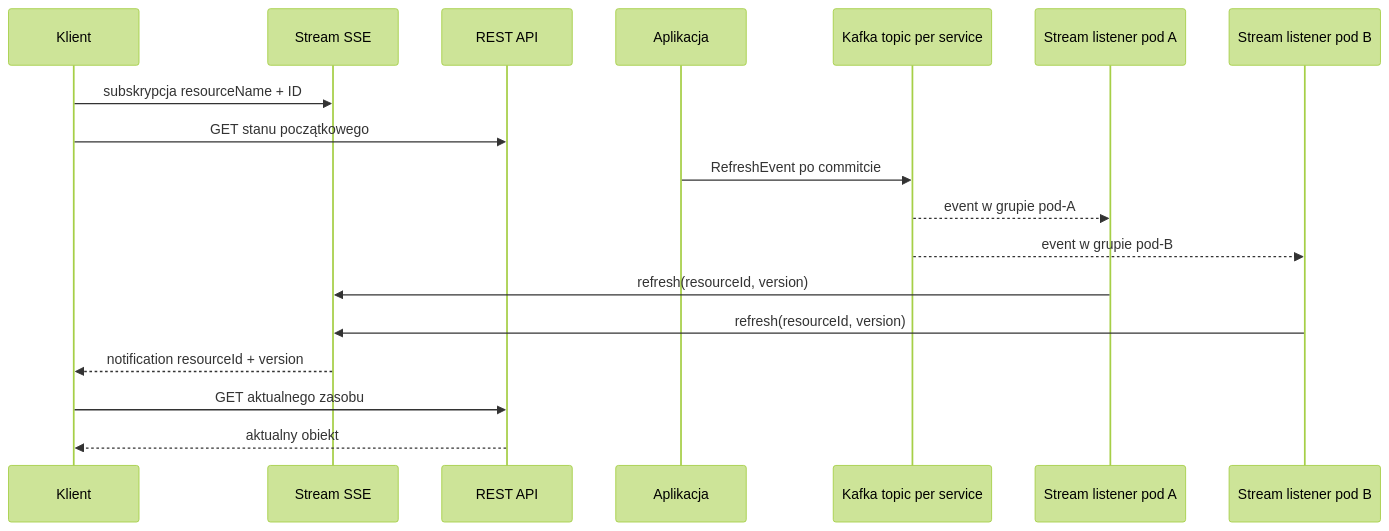
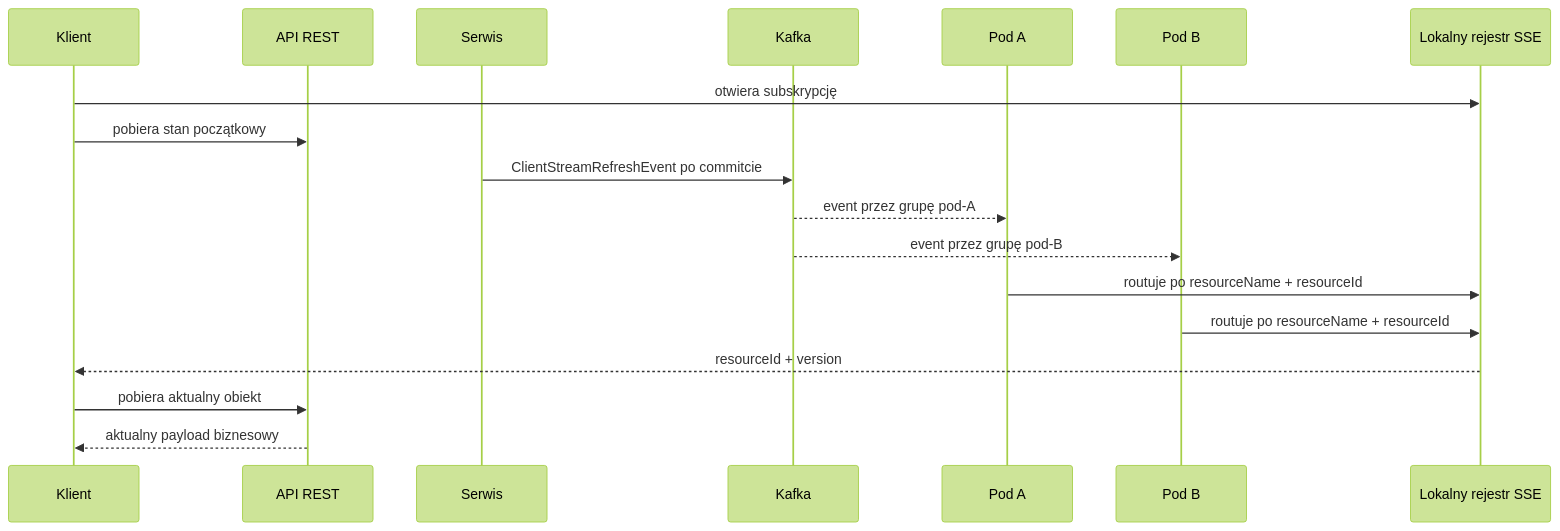
One commit to KNOSERO/core_java_ravcube changed the first of 2 diagrams in docs/libraries/stream.md. Above: the diagram before and after it, drawn with Mermaid (forest theme). The commit also changed other lines of this file, not shown here.

Commit message:
Explain Kafka and SSE stream behavior

````diff
--- a/docs/libraries/stream.md
+++ b/docs/libraries/stream.md
@@ -160,21 +23,21 @@
 ```mermaid
 sequenceDiagram
   participant Client as Klient
-  participant SSE as Stream SSE
-  participant API as REST API
-  participant App as Aplikacja
-  participant Kafka as Kafka topic per service
-  participant PodA as Stream listener pod A
-  participant PodB as Stream listener pod B
+  participant REST as API REST
+  participant App as Serwis
+  participant Kafka as Kafka
+  participant PodA as Pod A
+  participant PodB as Pod B
+  participant SSE as Lokalny rejestr SSE
 
-  Client->>SSE: subskrypcja resourceName + ID
-  Client->>API: GET stanu początkowego
-  App->>Kafka: RefreshEvent po commitcie
-  Kafka-->>PodA: event w grupie pod-A
-  Kafka-->>PodB: event w grupie pod-B
-  PodA->>SSE: refresh(resourceId, version)
-  PodB->>SSE: refresh(resourceId, version)
-  SSE-->>Client: notification resourceId + version
-  Client->>API: GET aktualnego zasobu
-  API-->>Client: aktualny obiekt
+  Client->>SSE: otwiera subskrypcję
+  Client->>REST: pobiera stan początkowy
+  App->>Kafka: ClientStreamRefreshEvent po commitcie
+  Kafka-->>PodA: event przez grupę pod-A
+  Kafka-->>PodB: event przez grupę pod-B
+  PodA->>SSE: routuje po resourceName + resourceId
+  PodB->>SSE: routuje po resourceName + resourceId
+  SSE-->>Client: resourceId + version
+  Client->>REST: pobiera aktualny obiekt
+  REST-->>Client: aktualny payload biznesowy
 ```
````
